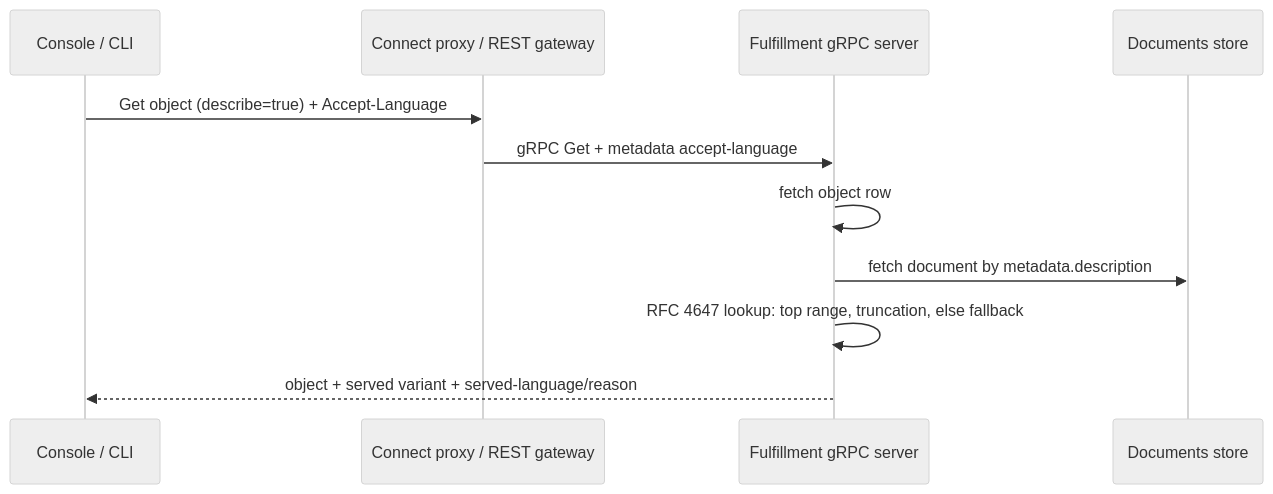
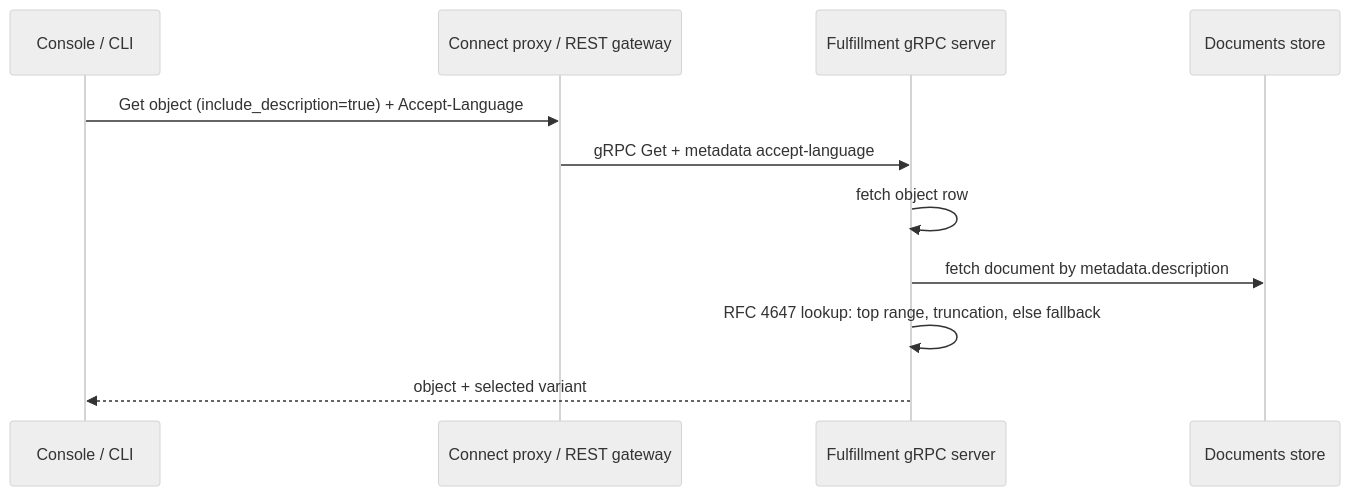
One commit to osac-project/enhancement-proposals changed the diagram in enhancements/OSAC-4047-internationalized-object-descriptions/design.md. Above: the diagram before and after it, drawn with Mermaid (neutral theme). The commit also changed other lines of this file and 1 other file, not shown here.

Commit message:
OSAC-4047: apply description review feedback

````diff
--- a/enhancements/OSAC-4047-internationalized-object-descriptions/design.md
+++ b/enhancements/OSAC-4047-internationalized-object-descriptions/design.md
@@ -105,14 +104,14 @@
 ```mermaid
 sequenceDiagram
     participant C as Console / CLI
     participant P as Connect proxy / REST gateway
     participant S as Fulfillment gRPC server
     participant D as Documents store
 
-    C->>P: Get object (describe=true) + Accept-Language
+    C->>P: Get object (include_description=true) + Accept-Language
     P->>S: gRPC Get + metadata accept-language
     S->>S: fetch object row
     S->>D: fetch document by metadata.description
     S->>S: RFC 4647 lookup: top range, truncation, else fallback
-    S-->>C: object + served variant + served-language/reason
+    S-->>C: object + selected variant
 ```
````
